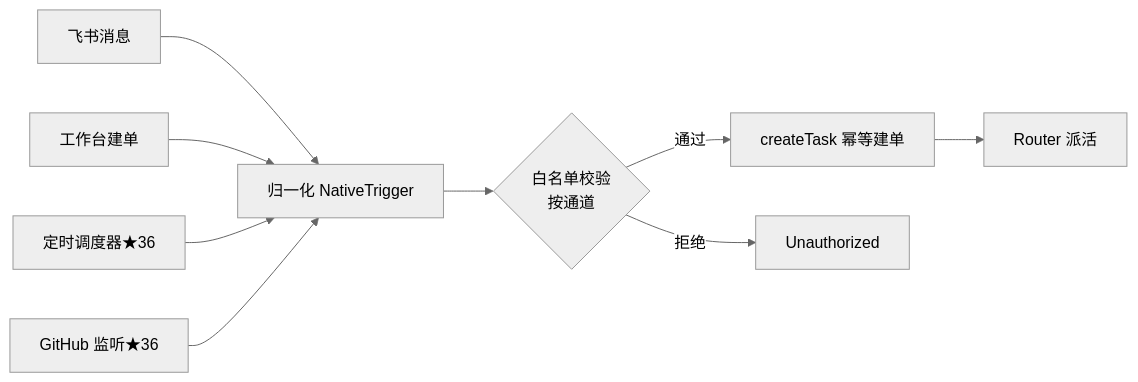
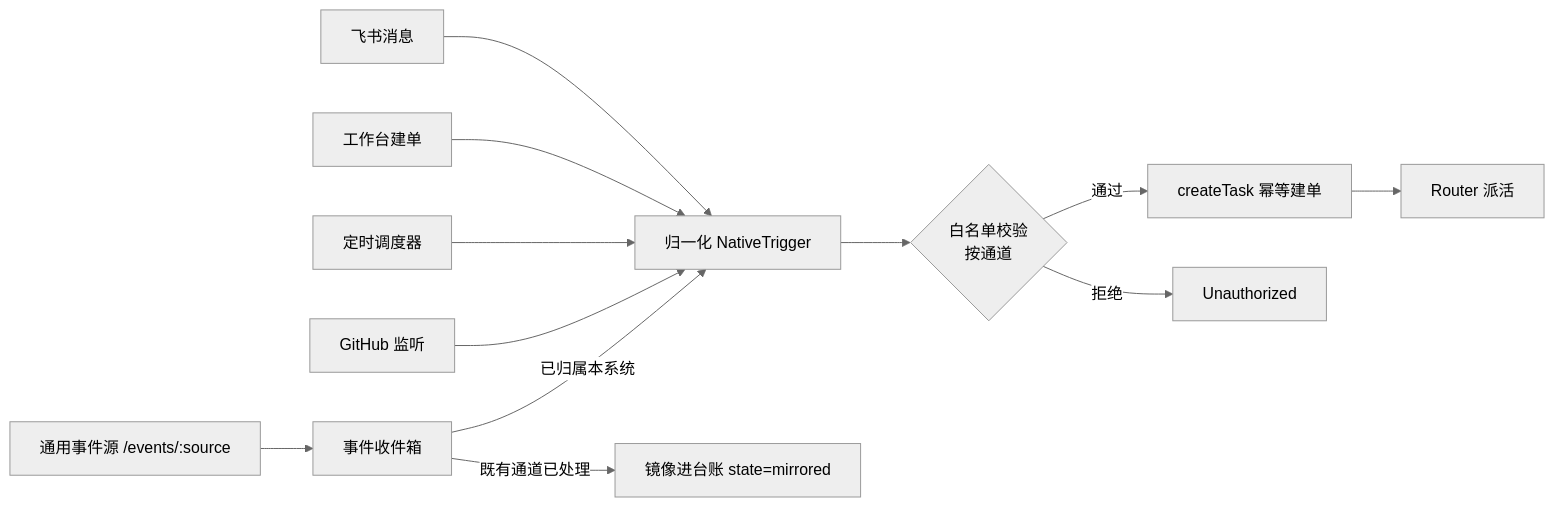
The diagram in docs/product/business-flows.md (zhegong-996/Contractor), drawn with Mermaid (neutral theme) before and after one commit. The commit also changed other lines of this file and 24 other files, not shown here.

First line of the commit message:
第四十轮：分层契约体检（40 条）+ 直通契约化 + 三上游对标 + 三张架构图

````diff
--- a/docs/product/business-flows.md
+++ b/docs/product/business-flows.md
@@ -8,11 +8,14 @@
 ```mermaid
 flowchart LR
   A[飞书消息] --> N[归一化 NativeTrigger]
   B[工作台建单] --> N
-  C[定时调度器★36] --> N
-  D[GitHub 监听★36] --> N
+  C[定时调度器] --> N
+  D[GitHub 监听] --> N
+  E[通用事件源 /events/:source] --> I[事件收件箱]
+  I -->|已归属本系统| N
+  I -->|既有通道已处理| M[镜像进台账 state=mirrored]
   N --> W{白名单校验<br/>按通道}
   W -->|通过| T[createTask 幂等建单]
   W -->|拒绝| X[Unauthorized]
   T --> R[Router 派活]
 ```
````
